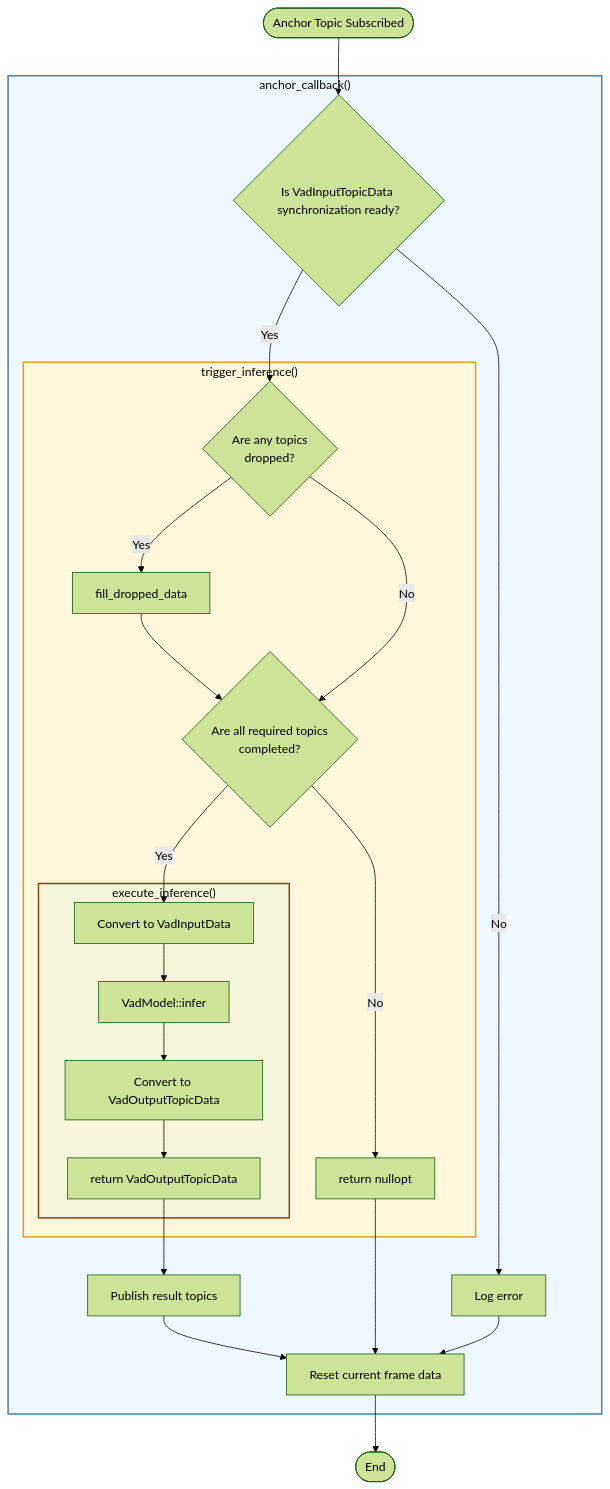
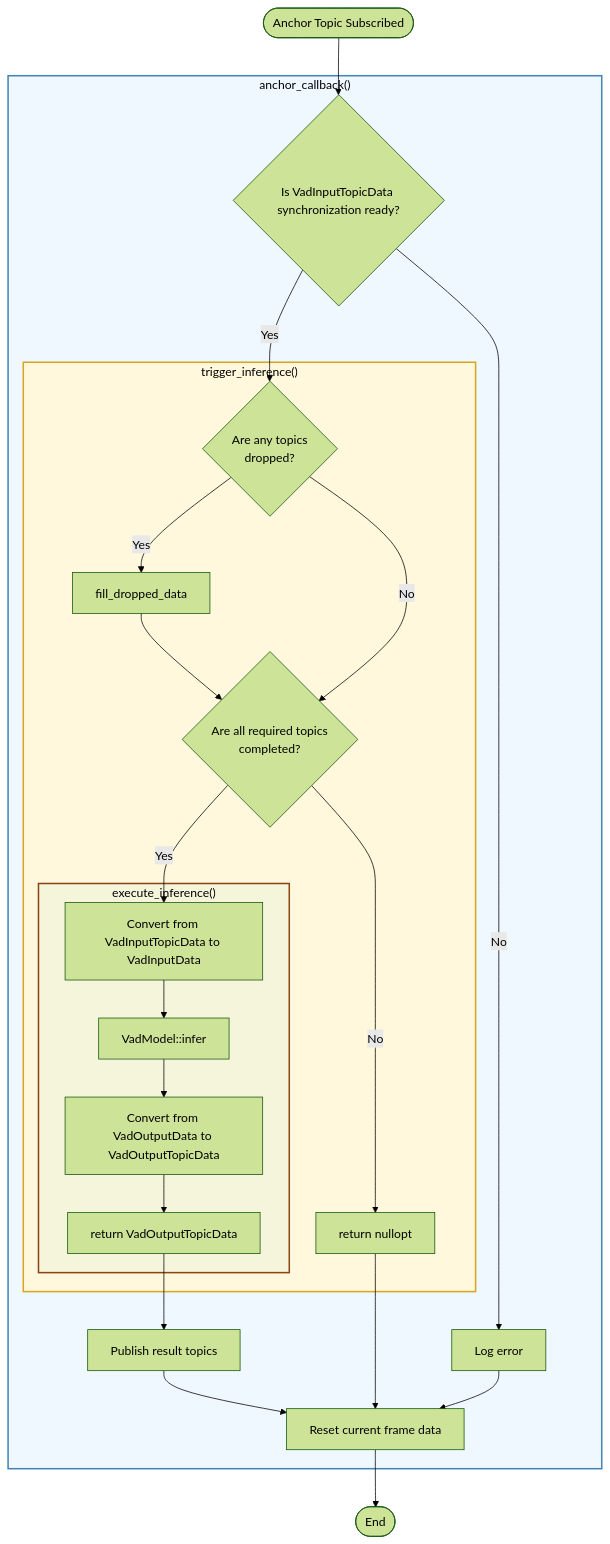
Before and after one commit to isseitzk/autoware_universe: the diagram in planning/autoware_tensorrt_vad/docs/design_vad_node.md, drawn with Mermaid (forest theme). The commit also changed other lines of this file, not shown here.

Commit message:
docs(autoware_tensorrt_vad): update processing flowchart for VadNode

````diff
--- a/planning/autoware_tensorrt_vad/docs/design_vad_node.md
+++ b/planning/autoware_tensorrt_vad/docs/design_vad_node.md
@@ -11,41 +11,41 @@
 ```mermaid
 flowchart TD
     Start([Anchor Topic Subscribed]) --> CheckReady
     
     subgraph AnchorCallbackScope["anchor_callback()"]
         CheckReady{Is VadInputTopicData synchronization ready?}
         
         CheckReady -->|Yes| CheckDropped
         CheckReady -->|No| ErrorLog[Log error]
         
         subgraph TriggerInferenceScope["trigger_inference()"]
             CheckDropped{Are any topics<br/>dropped?}
             
             CheckDropped -->|Yes| FillDropped[fill_dropped_data]
             CheckDropped -->|No| CheckComplete{Are all required topics<br/>completed?}
             
             FillDropped --> CheckComplete
             
             CheckComplete -->|Yes| ConvertInput
             CheckComplete -->|No| ReturnNull[return nullopt]
             
             subgraph ExecuteInferenceScope["execute_inference()"]
-                ConvertInput[Convert to VadInputData]
+                ConvertInput[Convert from VadInputTopicData to VadInputData]
                 ConvertInput --> VadModelInfer[VadModel::infer]
-                VadModelInfer --> ConvertOutput[Convert to VadOutputTopicData]
+                VadModelInfer --> ConvertOutput[Convert from VadOutputData to VadOutputTopicData]
                 ConvertOutput --> GetOutput[return VadOutputTopicData]
             end
         end
         
         GetOutput --> Publish[Publish result topics]
         Publish --> Reset[Reset current frame data]
         ErrorLog --> Reset
         ReturnNull --> Reset
     end
     
     Reset --> End([End])
     
     style AnchorCallbackScope fill:#f0f8ff,stroke:#4682b4,stroke-width:2px,color:#000000
     style TriggerInferenceScope fill:#fff8dc,stroke:#daa520,stroke-width:2px,color:#000000
     style ExecuteInferenceScope fill:#f5f5dc,stroke:#8b4513,stroke-width:2px,color:#000000
 ```
````
